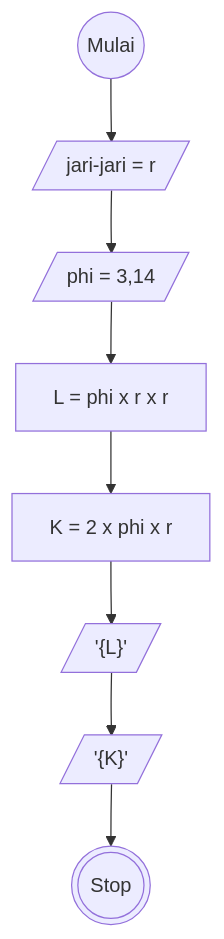
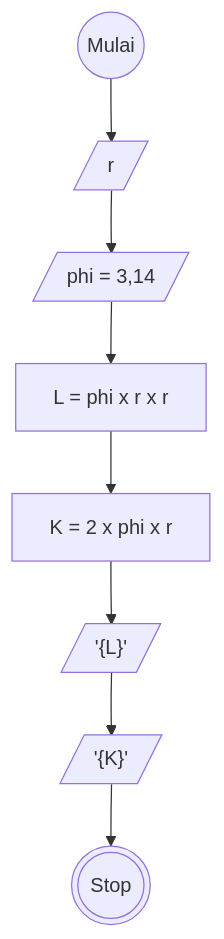
Before and after one commit to MuhamadRafliShidiq/koda-b8-algoritma: the diagram in luas-dan-keliling.md, drawn with Mermaid.

````diff
--- a/luas-dan-keliling.md
+++ b/luas-dan-keliling.md
@@ -21,22 +21,22 @@
 ```mermaid
 
     flowchart TD
 
     a@{ shape: circle, label: "Mulai" }
-    b@{ shape: lean-r, label: " jari-jari = r" }
+    b@{ shape: lean-r, label: " r" }
     c@{ shape: lean-r, label: "phi = 3,14" }
     d@{ shape: rect, label: "L = phi x r x r " }
     e@{ shape: rect, label: "K = 2 x phi x r " }
     f@{ shape: lean-r, label: "'{L}'" }
     g@{ shape: lean-r, label: "'{K}'" }
     h@{ shape: dbl-circ, label: "Stop" }
 
     a --> b
     b --> c
     c --> d
     d --> e
     e --> f
     f --> g
     g --> h
 
 ```
````
